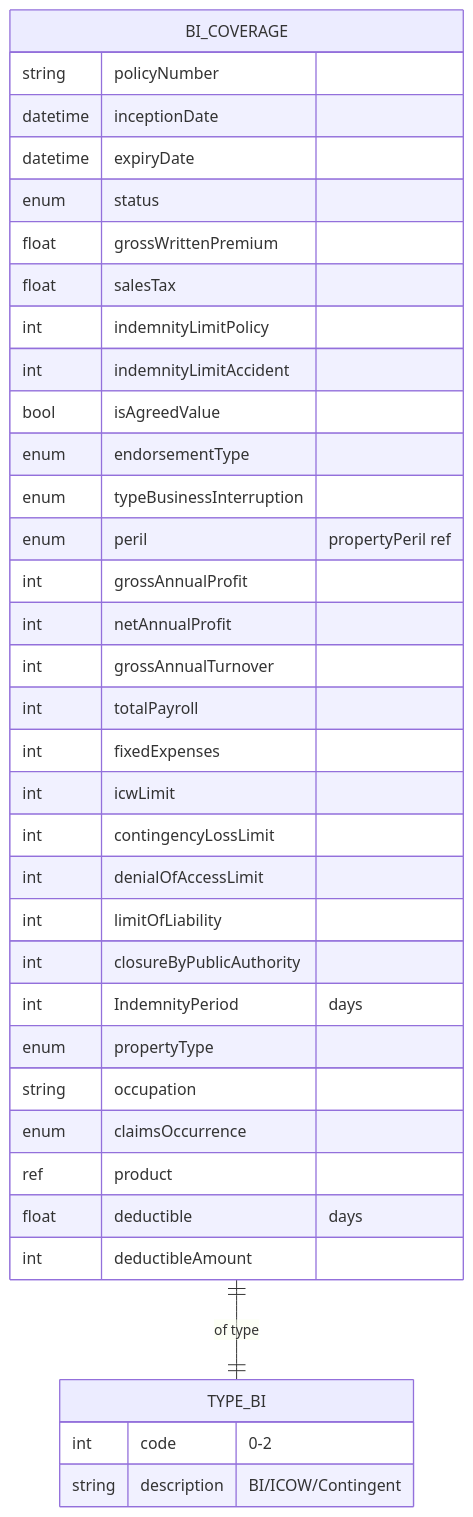
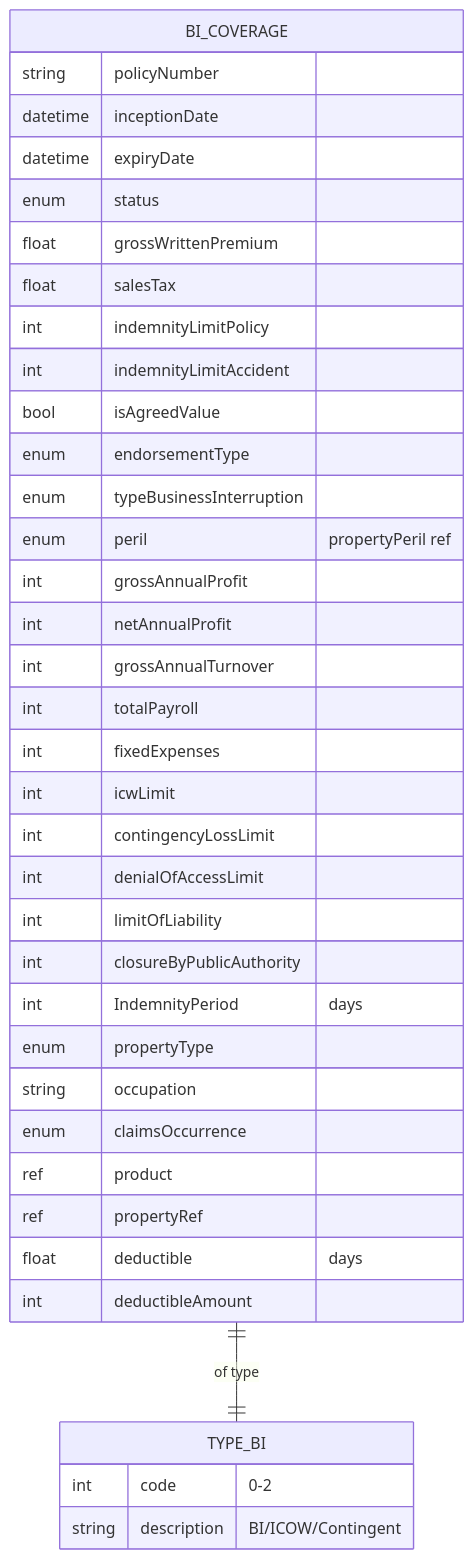
Before and after one commit to trisilva/opin: the diagram in 08-business-interruption/data-model.md, drawn with Mermaid. The commit also changed other lines of this file and 44 other files, not shown here.

````diff
--- a/08-business-interruption/data-model.md
+++ b/08-business-interruption/data-model.md
@@ -9,40 +15,41 @@
 ```mermaid
 erDiagram
     BI_COVERAGE {
         string policyNumber
         datetime inceptionDate
         datetime expiryDate
         enum status
         float grossWrittenPremium
         float salesTax
         int indemnityLimitPolicy
         int indemnityLimitAccident
         bool isAgreedValue
         enum endorsementType
         enum typeBusinessInterruption
         enum peril "propertyPeril ref"
         int grossAnnualProfit
         int netAnnualProfit
         int grossAnnualTurnover
         int totalPayroll
         int fixedExpenses
         int icwLimit
         int contingencyLossLimit
         int denialOfAccessLimit
         int limitOfLiability
         int closureByPublicAuthority
         int IndemnityPeriod "days"
         enum propertyType
         string occupation
         enum claimsOccurrence
         ref product
+        ref propertyRef
         float deductible "days"
         int deductibleAmount
     }
     TYPE_BI {
         int code "0-2"
         string description "BI/ICOW/Contingent"
     }
 
     BI_COVERAGE ||--|| TYPE_BI : "of type"
 ```
````
